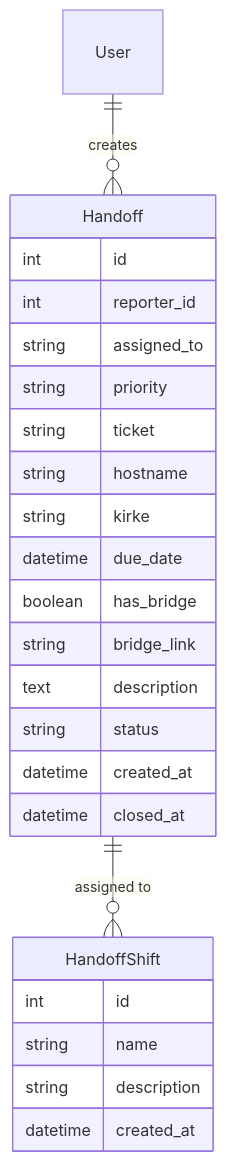
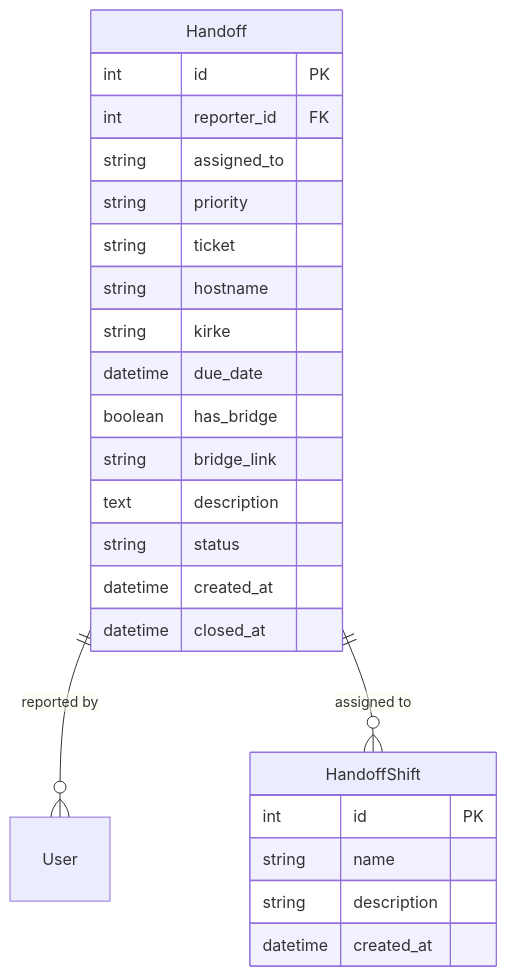
The diagram in docs/plugins/handoffs.md (jwbrassell/a), drawn with Mermaid before and after one commit. The commit also changed other lines of this file and 51 other files, not shown here.

````diff
--- a/docs/plugins/handoffs.md
+++ b/docs/plugins/handoffs.md
@@ -116,28 +104,29 @@
 ```mermaid
 erDiagram
+    Handoff ||--o{ User : "reported by"
     Handoff ||--o{ HandoffShift : "assigned to"
-    User ||--o{ Handoff : "creates"
     
     Handoff {
-        int id
-        int reporter_id
+        int id PK
+        int reporter_id FK
         string assigned_to
         string priority
         string ticket
         string hostname
         string kirke
         datetime due_date
         boolean has_bridge
         string bridge_link
         text description
         string status
         datetime created_at
         datetime closed_at
     }
+    
     HandoffShift {
-        int id
+        int id PK
         string name
         string description
         datetime created_at
     }
 ```
````
